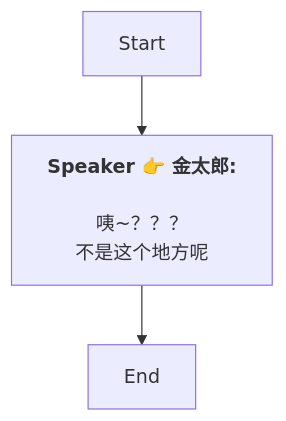
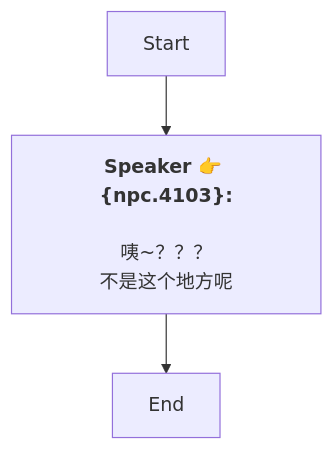
One commit to SoftHu/tos_avg changed the diagram in Zh/QuestStartTalkENode_1741647454314757.md. Above: the diagram before and after it, drawn with Mermaid. The commit also changed 199 other files, not shown here.

````diff
--- a/Zh/QuestStartTalkENode_1741647454314757.md
+++ b/Zh/QuestStartTalkENode_1741647454314757.md
@@ -1,9 +1,9 @@
 ```mermaid
 graph
-Start -->1741647485986065[<b>Speaker 👉 金太郎:</b>
+Start -->1741647485986065[<b>Speaker 👉 &lbrace;npc.4103&rbrace;:</b>
 
 咦~？？？
 不是这个地方呢]
 1741647485986065 -->1741647538665757[End]
 
  ```
````
